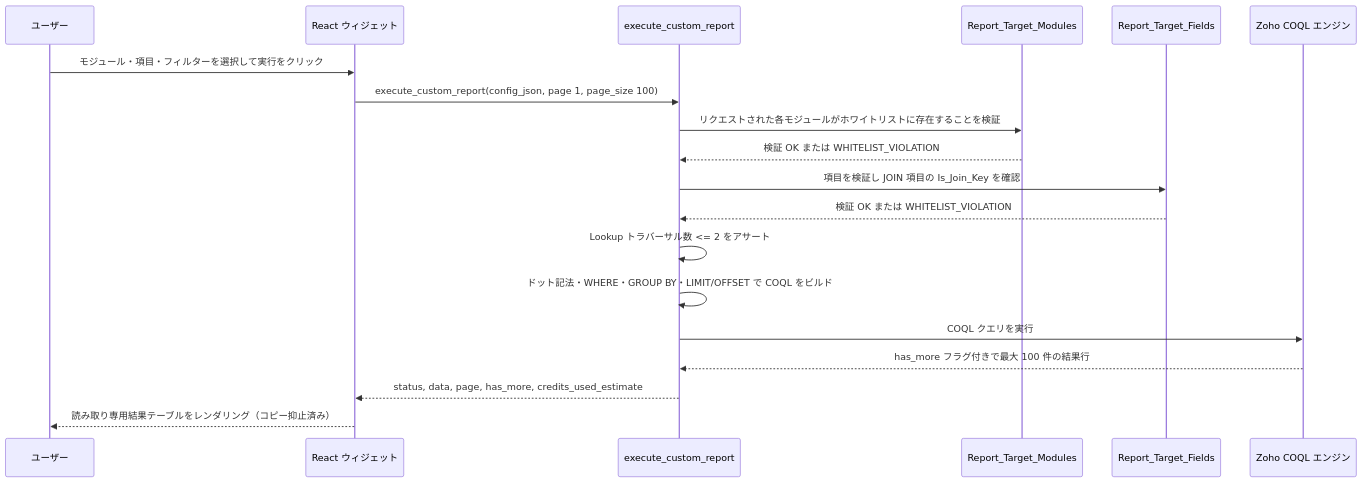
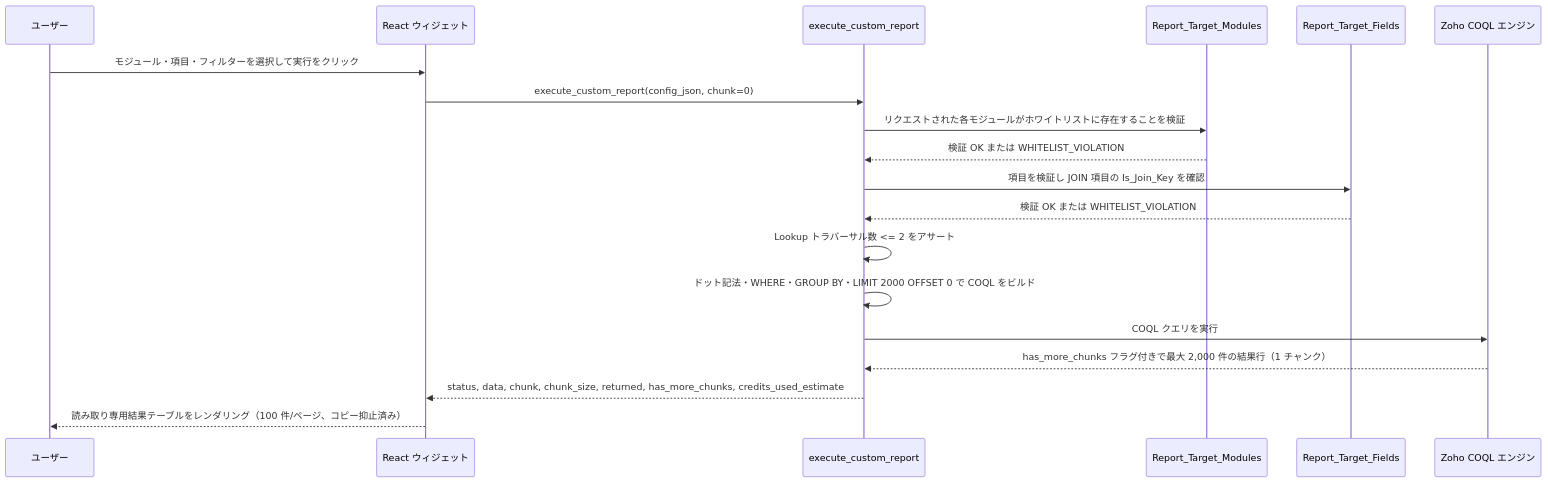
One commit to funai-vivek-jaiswal/zoho-report-builder changed the first of 5 diagrams in design/LLD_custom_report_ja.md. Above: the diagram before and after it, drawn with Mermaid. The commit also changed other lines of this file and 3 other files, not shown here.

Commit message:
update the COQL 2000 credit limit

````diff
--- a/design/LLD_custom_report_ja.md
+++ b/design/LLD_custom_report_ja.md
@@ -420,22 +420,22 @@
 ```mermaid
 sequenceDiagram
     participant U as ユーザー
     participant FE as React ウィジェット
     participant DF as execute_custom_report
     participant RTM as Report_Target_Modules
     participant RTF as Report_Target_Fields
     participant COQL as Zoho COQL エンジン
 
     U->>FE: モジュール・項目・フィルターを選択して実行をクリック
-    FE->>DF: execute_custom_report(config_json, page 1, page_size 100)
+    FE->>DF: execute_custom_report(config_json, chunk=0)
     DF->>RTM: リクエストされた各モジュールがホワイトリストに存在することを検証
     RTM-->>DF: 検証 OK または WHITELIST_VIOLATION
     DF->>RTF: 項目を検証し JOIN 項目の Is_Join_Key を確認
     RTF-->>DF: 検証 OK または WHITELIST_VIOLATION
     DF->>DF: Lookup トラバーサル数 <= 2 をアサート
-    DF->>DF: ドット記法・WHERE・GROUP BY・LIMIT/OFFSET で COQL をビルド
+    DF->>DF: ドット記法・WHERE・GROUP BY・LIMIT 2000 OFFSET 0 で COQL をビルド
     DF->>COQL: COQL クエリを実行
-    COQL-->>DF: has_more フラグ付きで最大 100 件の結果行
-    DF-->>FE: status, data, page, has_more, credits_used_estimate
-    FE-->>U: 読み取り専用結果テーブルをレンダリング（コピー抑止済み）
+    COQL-->>DF: has_more_chunks フラグ付きで最大 2,000 件の結果行（1 チャンク）
+    DF-->>FE: status, data, chunk, chunk_size, returned, has_more_chunks, credits_used_estimate
+    FE-->>U: 読み取り専用結果テーブルをレンダリング（100 件/ページ、コピー抑止済み）
 ```
````
